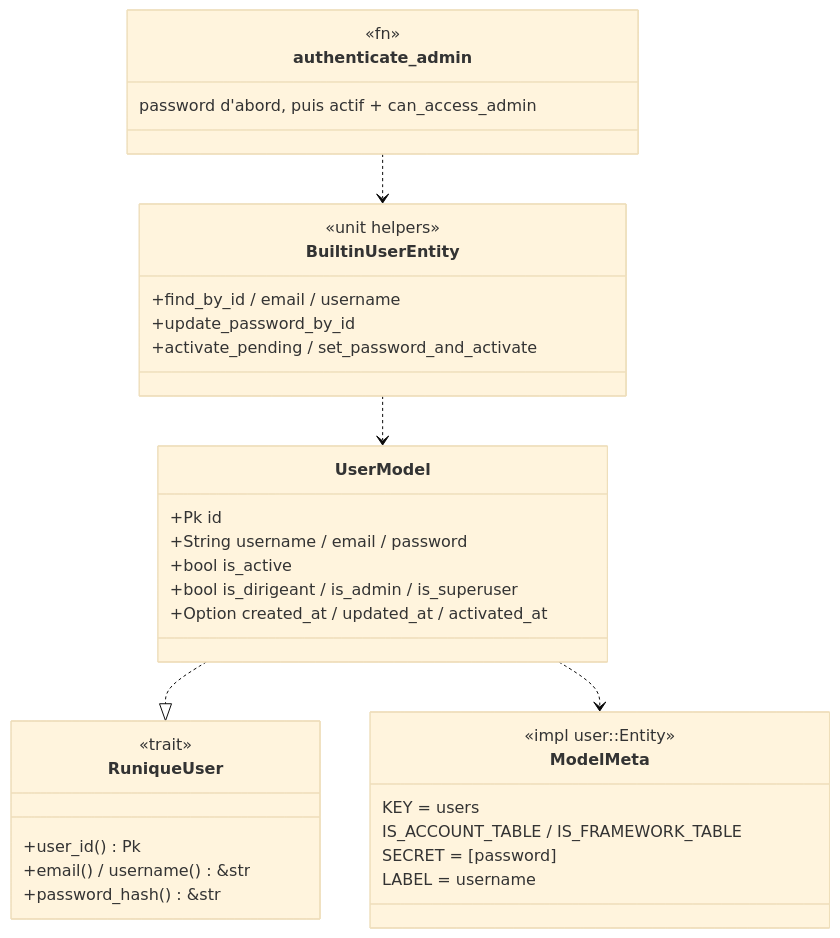
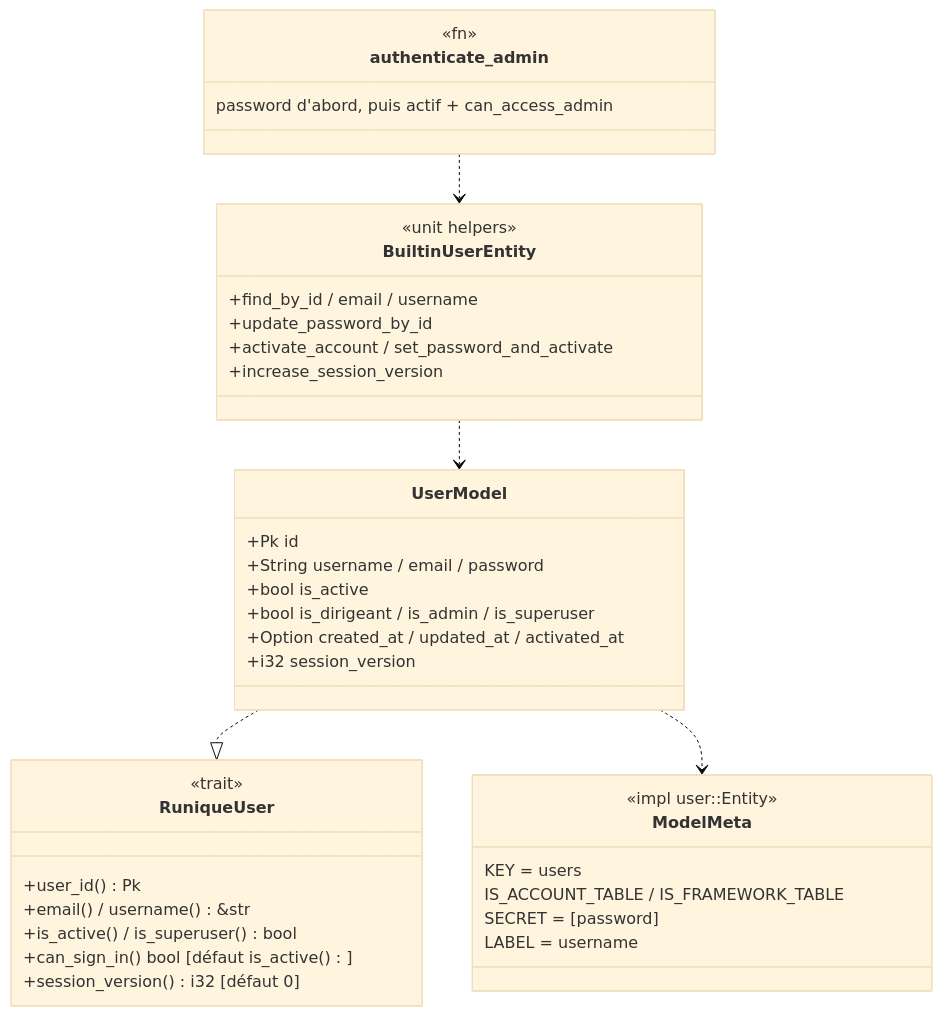
The first of 6 diagrams in diagramme/uml/auth/authentification.md (seb-alliot/runique), drawn with Mermaid (base theme) before and after one commit. The commit also changed other lines of this file and 56 other files, not shown here.

````diff
--- a/diagramme/uml/auth/authentification.md
+++ b/diagramme/uml/auth/authentification.md
@@ -11,37 +11,41 @@
 ```mermaid
 classDiagram
     class RuniqueUser {
         <<trait>>
         +user_id() Pk
         +email() / username() &str
-        +password_hash() &str
+        +is_active() / is_superuser() bool
+        +can_sign_in() bool [défaut is_active()]
+        +session_version() i32 [défaut 0]
     }
     class UserModel {
         +Pk id
         +String username / email / password
         +bool is_active
         +bool is_dirigeant / is_admin / is_superuser
         +Option created_at / updated_at / activated_at
+        +i32 session_version
     }
     class BuiltinUserEntity {
         <<unit helpers>>
         +find_by_id / email / username
         +update_password_by_id
-        +activate_pending / set_password_and_activate
+        +activate_account / set_password_and_activate
+        +increase_session_version
     }
     class authenticate_admin {
         <<fn>>
         password d'abord, puis actif + can_access_admin
     }
     class ModelMeta {
         <<impl user::Entity>>
         KEY = users
         IS_ACCOUNT_TABLE / IS_FRAMEWORK_TABLE
         SECRET = [password]
         LABEL = username
     }
     UserModel ..|> RuniqueUser
     BuiltinUserEntity ..> UserModel
     authenticate_admin ..> BuiltinUserEntity
     UserModel ..> ModelMeta
 ```
````
